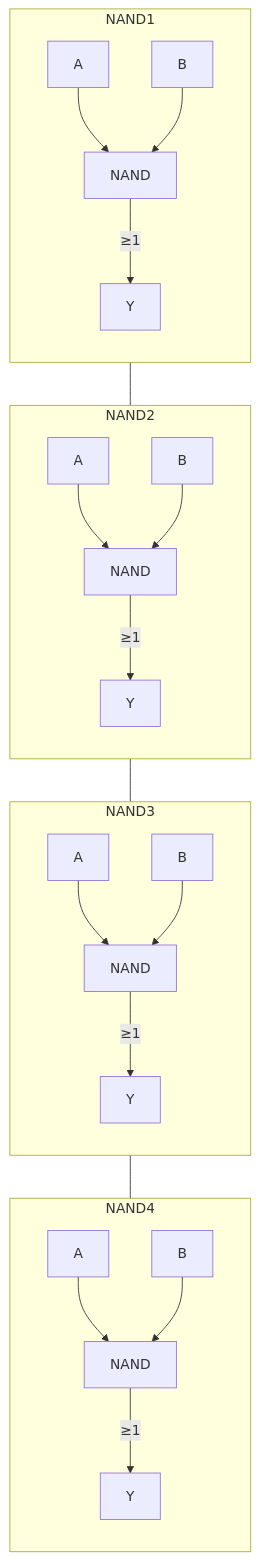
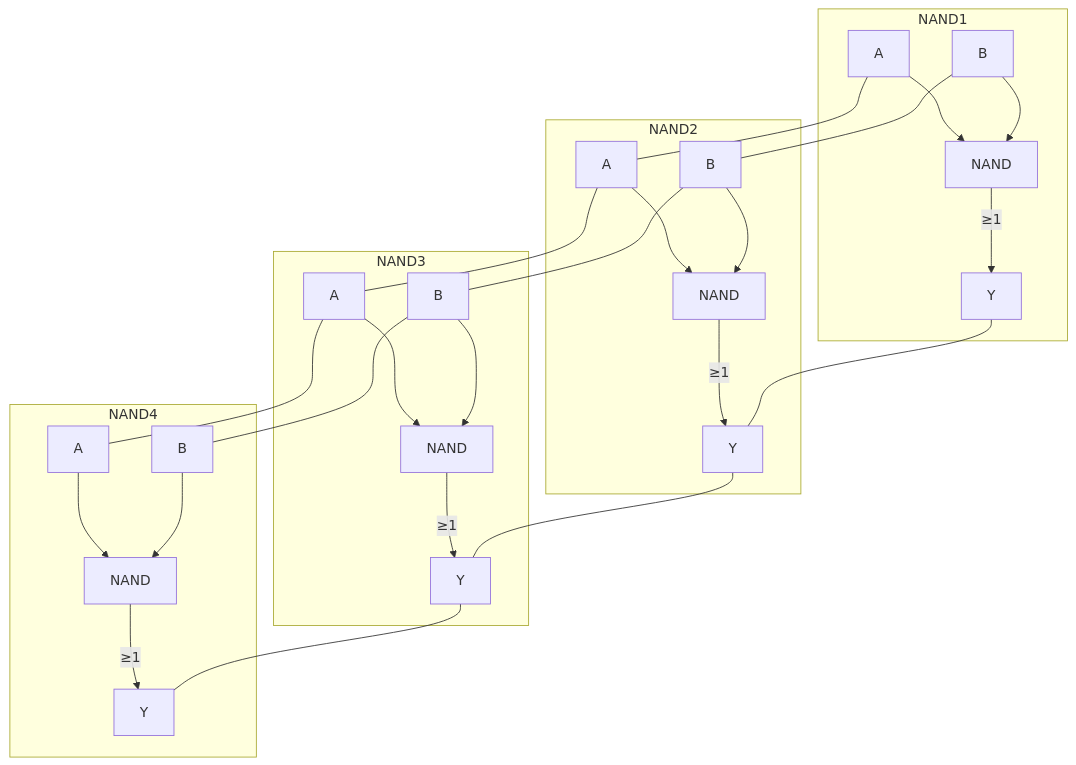
The second of 5 diagrams in Components/discrete/Transistors/kit/HomeDepot/BlockDiagrams/README.md (setrar/microelectronics), drawn with Mermaid before and after one commit.

Commit message:
Refactor Mermaid diagram for 74HC00 NAND Gate

````diff
--- a/Components/discrete/Transistors/kit/HomeDepot/BlockDiagrams/README.md
+++ b/Components/discrete/Transistors/kit/HomeDepot/BlockDiagrams/README.md
@@ -18,37 +18,36 @@
 ```mermaid
 flowchart TD
-    %% NAND 1
+    %% Row of inputs A
+    A1[A] --- A2[A] --- A3[A] --- A4[A]
+
+    %% Row of inputs B
+    B1[B] --- B2[B] --- B3[B] --- B4[B]
+
+    %% NAND gates as subgraphs
     subgraph NAND1
-        direction TD
-        A1[A] --> N1[NAND]
-        B1[B] --> N1
+        A1 --> N1[NAND]
+        B1 --> N1
         N1 -- "≥1" --> Y1[Y]
     end
 
-    %% NAND 2
     subgraph NAND2
-        direction TD
-        A2[A] --> N2[NAND]
-        B2[B] --> N2
+        A2 --> N2[NAND]
+        B2 --> N2
         N2 -- "≥1" --> Y2[Y]
     end
 
-    %% NAND 3
     subgraph NAND3
-        direction TD
-        A3[A] --> N3[NAND]
-        B3[B] --> N3
+        A3 --> N3[NAND]
+        B3 --> N3
         N3 -- "≥1" --> Y3[Y]
     end
 
-    %% NAND 4
     subgraph NAND4
-        direction TD
-        A4[A] --> N4[NAND]
-        B4[B] --> N4
+        A4 --> N4[NAND]
+        B4 --> N4
         N4 -- "≥1" --> Y4[Y]
     end
 
-    %% Arrange subgraphs horizontally
-    NAND1 --- NAND2 --- NAND3 --- NAND4
+    %% Row of outputs Y
+    Y1 --- Y2 --- Y3 --- Y4
 ```
````
